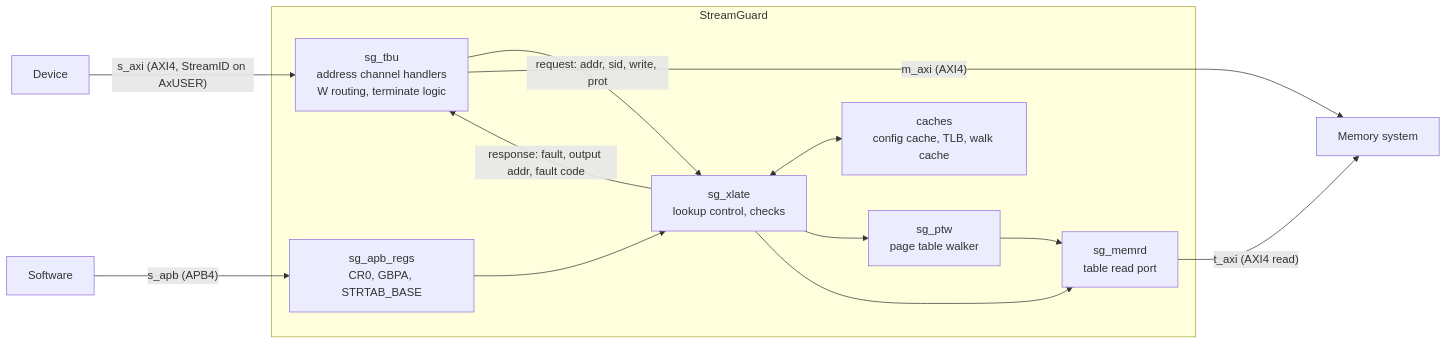
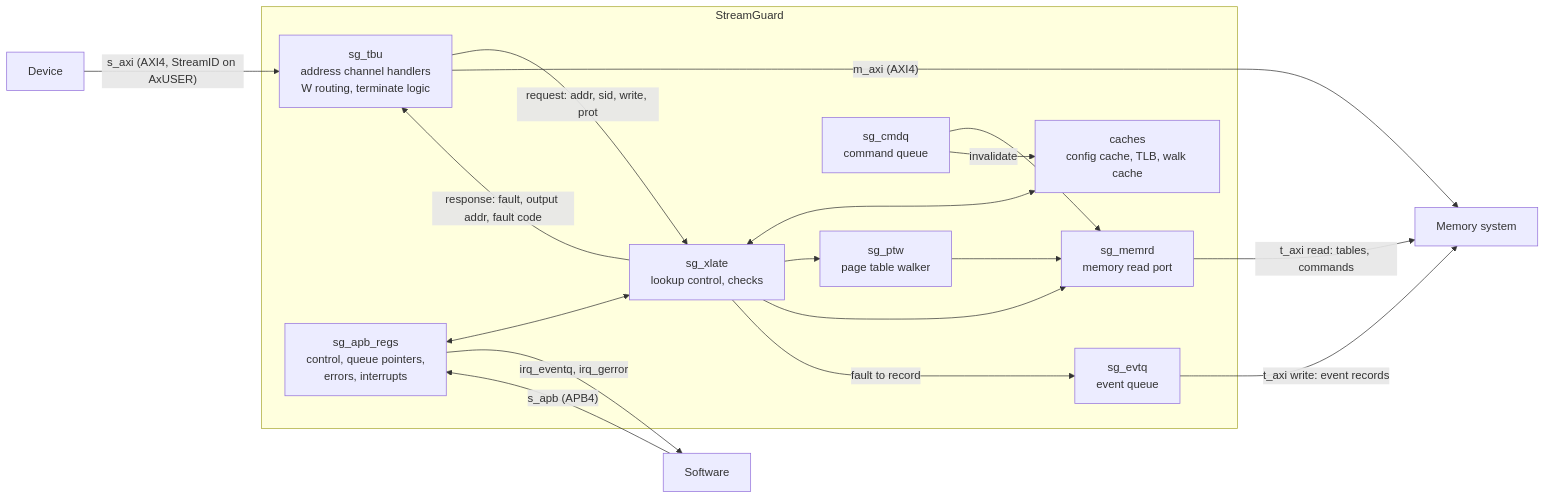
One commit to morom46/streamguard changed the first of 3 diagrams in docs/architecture.md. Above: the diagram before and after it, drawn with Mermaid. The commit also changed other lines of this file and 2 other files, not shown here.

````diff
--- a/docs/architecture.md
+++ b/docs/architecture.md
@@ -19,22 +19,29 @@
 ```mermaid
 flowchart LR
     DEV[Device] -- "s_axi (AXI4, StreamID on AxUSER)" --> TBU
     subgraph StreamGuard
         TBU["sg_tbu<br/>address channel handlers<br/>W routing, terminate logic"]
         XL["sg_xlate<br/>lookup control, checks"]
         C["caches<br/>config cache, TLB, walk cache"]
         PTW["sg_ptw<br/>page table walker"]
-        MR["sg_memrd<br/>table read port"]
-        REGS["sg_apb_regs<br/>CR0, GBPA, STRTAB_BASE"]
+        MR["sg_memrd<br/>memory read port"]
+        CQ["sg_cmdq<br/>command queue"]
+        EQ["sg_evtq<br/>event queue"]
+        REGS["sg_apb_regs<br/>control, queue pointers,<br/>errors, interrupts"]
         TBU -- "request: addr, sid, write, prot" --> XL
         XL -- "response: fault, output addr, fault code" --> TBU
         XL <--> C
         XL --> PTW
         XL --> MR
         PTW --> MR
-        REGS --> XL
+        CQ --> MR
+        CQ -- "invalidate" --> C
+        XL -- "fault to record" --> EQ
+        REGS <--> XL
     end
     TBU -- "m_axi (AXI4)" --> MEM[Memory system]
-    MR -- "t_axi (AXI4 read)" --> MEM
+    MR -- "t_axi read: tables, commands" --> MEM
+    EQ -- "t_axi write: event records" --> MEM
+    REGS -- "irq_eventq, irq_gerror" --> SW
     SW[Software] -- "s_apb (APB4)" --> REGS
 ```
````
